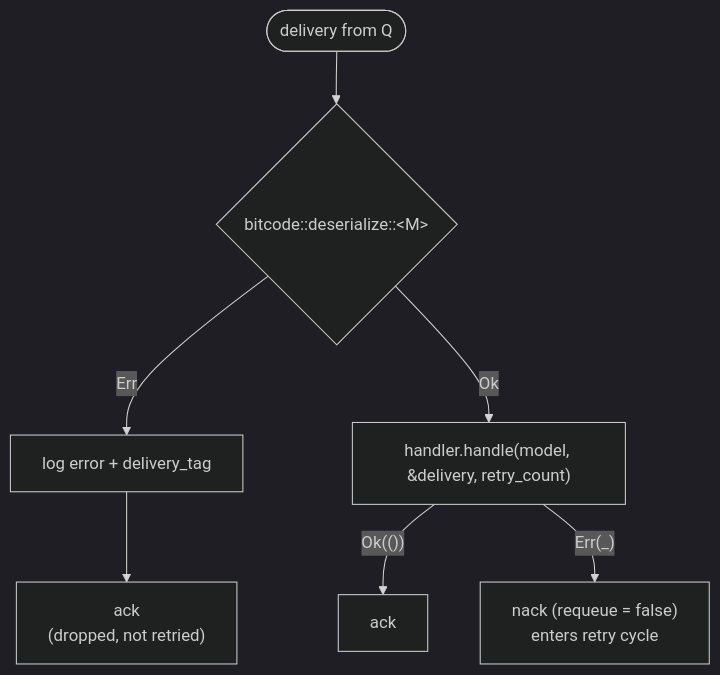
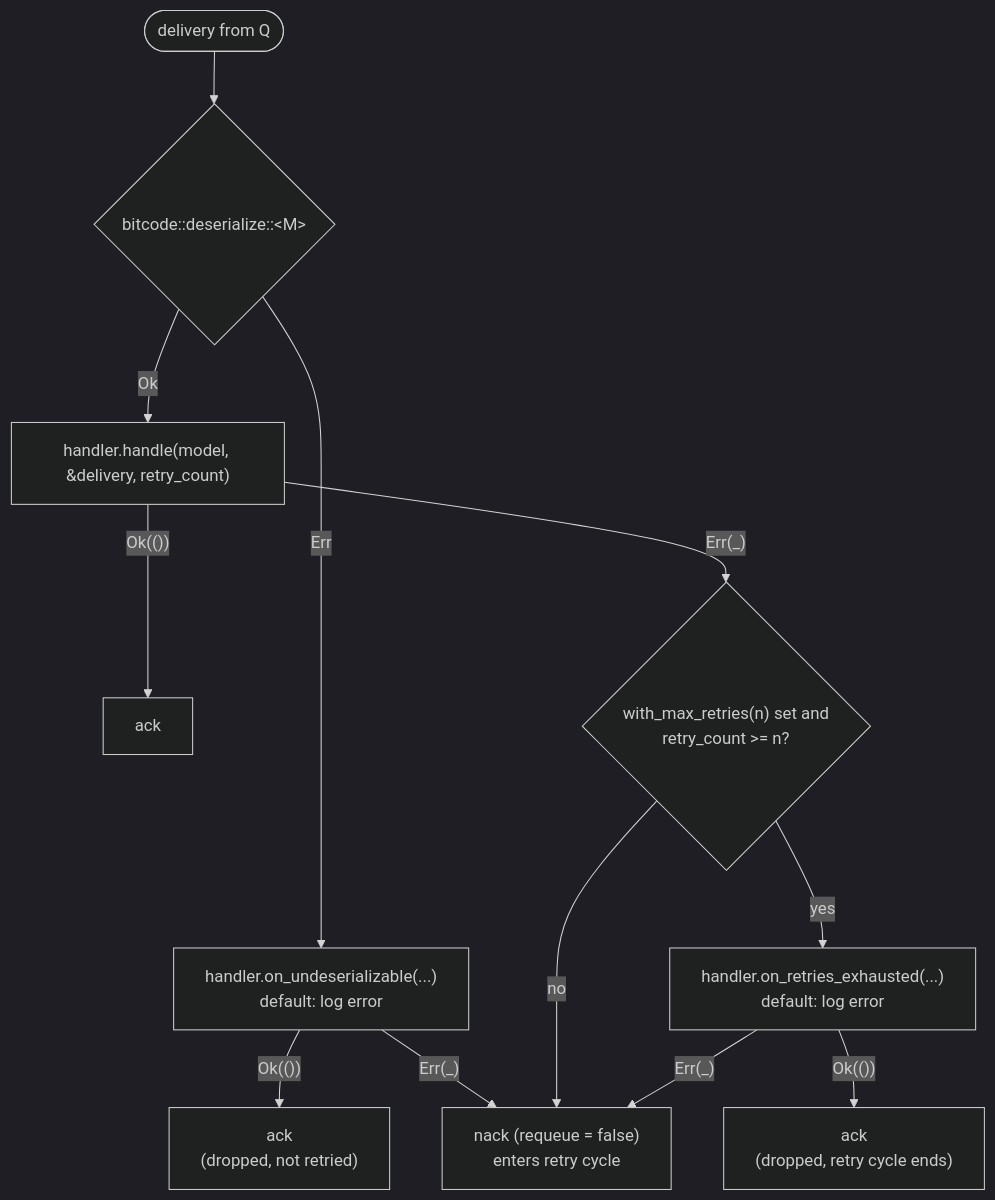
One commit to Apocentre/amqp-helpers changed the diagram in docs/diagrams/consumer-runner.mmd. Above: the diagram before and after it, drawn with Mermaid (dark theme). The commit also changed 15 other files, not shown here.

```diff
--- a/docs/diagrams/consumer-runner.mmd
+++ b/docs/diagrams/consumer-runner.mmd
@@ -1,6 +1,12 @@
 flowchart TD
     D([delivery from Q]) --> X{"bitcode::deserialize::&lt;M&gt;"}
-    X -- "Err" --> L["log error + delivery_tag"] --> A1["ack<br/>(dropped, not retried)"]
+    X -- "Err" --> U["handler.on_undeserializable(...)<br/>default: log error"]
+    U -- "Ok(())" --> A1["ack<br/>(dropped, not retried)"]
+    U -- "Err(_)" --> N["nack (requeue = false)<br/>enters retry cycle"]
     X -- "Ok" --> H["handler.handle(model, &delivery, retry_count)"]
     H -- "Ok(())" --> A2["ack"]
-    H -- "Err(_)" --> N["nack (requeue = false)<br/>enters retry cycle"]
+    H -- "Err(_)" --> M{"with_max_retries(n) set and<br/>retry_count &gt;= n?"}
+    M -- "no" --> N
+    M -- "yes" --> R["handler.on_retries_exhausted(...)<br/>default: log error"]
+    R -- "Ok(())" --> A3["ack<br/>(dropped, retry cycle ends)"]
+    R -- "Err(_)" --> N
```
